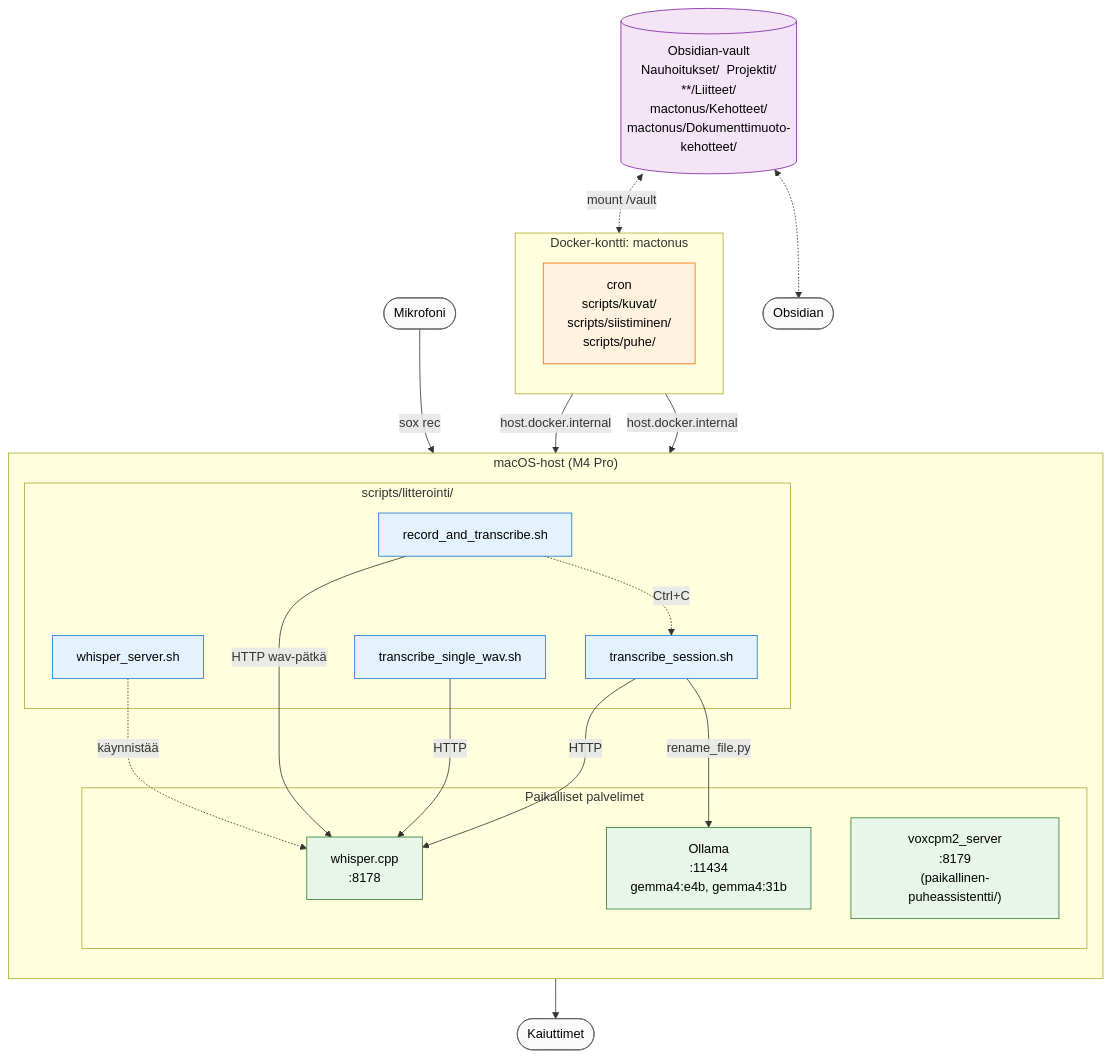
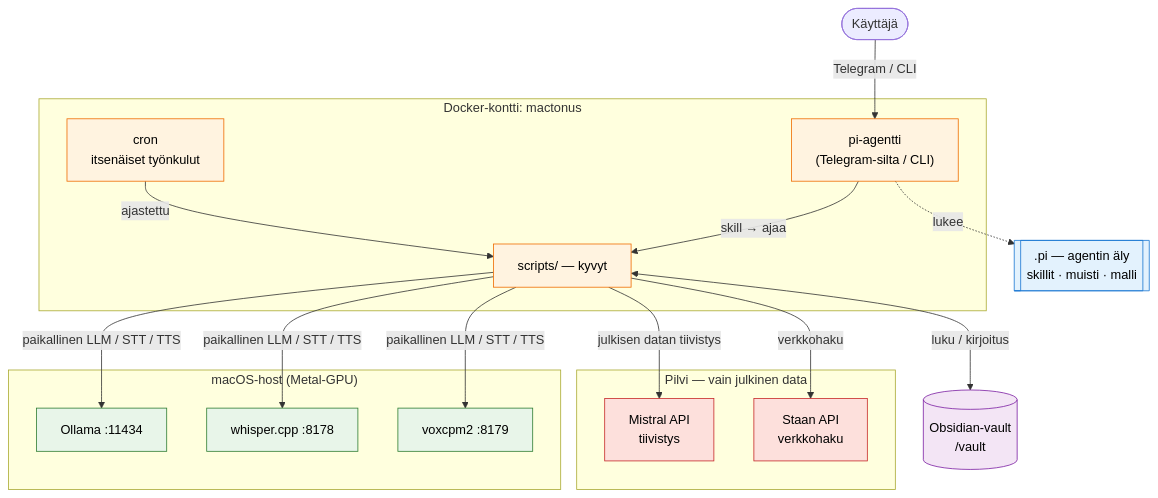
One commit to atonusgit/mactonus changed the diagram in README.md. Above: the diagram before and after it, drawn with Mermaid. The commit also changed other lines of this file and 9 other files, not shown here.

````diff
--- a/README.md
+++ b/README.md
@@ -7,53 +9,40 @@
 ```mermaid
 flowchart TB
-    Mic([Mikrofoni])
-    Spk([Kaiuttimet])
-    Obs([Obsidian])
-    Vault[("Obsidian-vault<br/>Nauhoitukset/  Projektit/<br/>**/Liitteet/<br/>mactonus/Kehotteet/<br/>mactonus/Dokumenttimuoto-kehotteet/")]
+    User([Käyttäjä])
+    subgraph Pilvi["Pilvi — vain julkinen data"]
+        Mistral["Mistral API<br/>tiivistys"]
+        Staan["Staan API<br/>verkkohaku"]
+    end
+    subgraph Host["macOS-host (Metal-GPU)"]
+        Ollama["Ollama :11434"]
+        Whisper["whisper.cpp :8178"]
+        Vox["voxcpm2 :8179"]
+    end
+    subgraph Kontti["Docker-kontti: mactonus"]
+        Cron["cron<br/>itsenäiset työnkulut"]
+        Pi["pi-agentti<br/>(Telegram-silta / CLI)"]
+        Scripts["scripts/ — kyvyt"]
+    end
+    Vault[("Obsidian-vault<br/>/vault")]
+    PiRepo[[".pi — agentin äly<br/>skillit · muisti · malli"]]
 
-    subgraph Host["macOS-host (M4 Pro)"]
-        direction TB
-        subgraph Mallit["Paikalliset palvelimet"]
-            Whisper["whisper.cpp<br/>:8178"]
-            Ollama["Ollama<br/>:11434<br/>gemma4:e4b, gemma4:31b"]
-            Vox["voxcpm2_server<br/>:8179<br/>(paikallinen-puheassistentti/)"]
-        end
-        subgraph HostSkriptit["scripts/litterointi/"]
-            WS["whisper_server.sh"]
-            Rec["record_and_transcribe.sh"]
-            TS["transcribe_session.sh"]
-            TSW["transcribe_single_wav.sh"]
-        end
-    end
+    User -->|Telegram / CLI| Pi
+    Pi -->|skill → ajaa| Scripts
+    Cron -->|ajastettu| Scripts
+    Pi -.lukee.-> PiRepo
+    Scripts -->|paikallinen LLM / STT / TTS| Ollama & Whisper & Vox
+    Scripts -->|julkisen datan tiivistys| Mistral
+    Scripts -->|verkkohaku| Staan
+    Scripts <-->|luku / kirjoitus| Vault
 
-    subgraph Kontti["Docker-kontti: mactonus"]
-        direction TB
-        CronBox["cron<br/>scripts/kuvat/<br/>scripts/siistiminen/<br/>scripts/puhe/"]
-    end
-
-    Mic -->|sox rec| Rec
-    Rec -->|HTTP wav-pätkä| Whisper
-    Rec -.->|Ctrl+C| TS
-    TS -->|HTTP| Whisper
-    TS -->|rename_file.py| Ollama
-    TSW -->|HTTP| Whisper
-    WS -.käynnistää.-> Whisper
-
-    CronBox -->|host.docker.internal| Ollama
-    CronBox -->|host.docker.internal| Vox
-    Vox --> Spk
-
-    Vault <-.->|mount /vault| Kontti
-    Vault <-.-> Obs
-
+    classDef pilvi fill:#fde0dc,stroke:#c62828,color:#000
     classDef palvelin fill:#e8f5e9,stroke:#2e7d32,color:#000
-    classDef hostskripti fill:#e3f2fd,stroke:#1976d2,color:#000
     classDef kontti fill:#fff3e0,stroke:#ef6c00,color:#000
     classDef vaultcls fill:#f3e5f5,stroke:#7b1fa2,color:#000
-    classDef laite fill:#fafafa,stroke:#616161,color:#000
-    class Whisper,Ollama,Vox palvelin
-    class WS,Rec,TS,TSW hostskripti
-    class CronBox kontti
+    classDef agent fill:#e3f2fd,stroke:#1976d2,color:#000
+    class Mistral,Staan pilvi
+    class Ollama,Whisper,Vox palvelin
+    class Cron,Pi,Scripts kontti
     class Vault vaultcls
-    class Mic,Spk,Obs laite
+    class PiRepo agent
 ```
````
